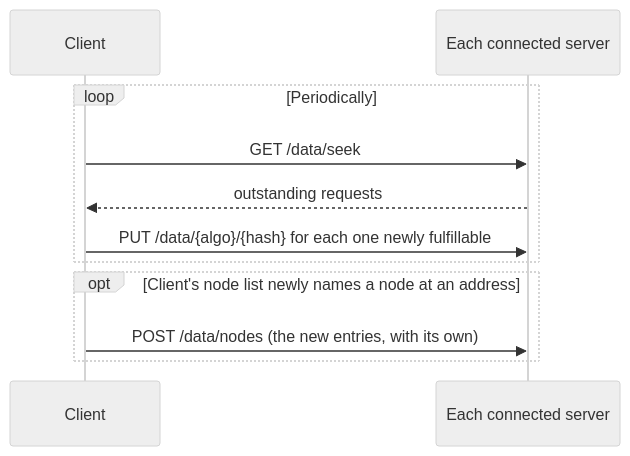
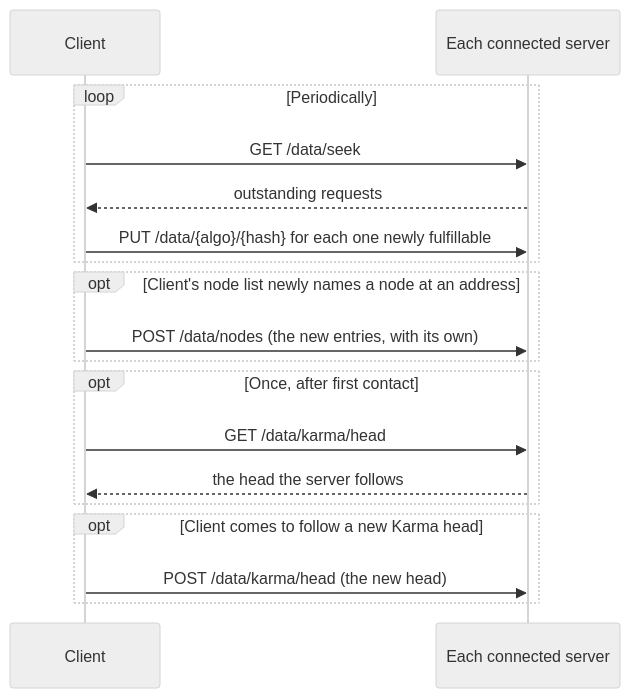
Before and after one commit to marcpage/libranet: the third of 3 diagrams in docs/specs/HandshakeProtocol.md, drawn with Mermaid (neutral theme). The commit also changed other lines of this file and 20 other files, not shown here.

````diff
--- a/docs/specs/HandshakeProtocol.md
+++ b/docs/specs/HandshakeProtocol.md
@@ -211,13 +221,20 @@
 ```mermaid
 sequenceDiagram
     participant C as Client
     participant S as Each connected server
     loop Periodically
         C->>S: GET /data/seek
         S-->>C: outstanding requests
         C->>S: PUT /data/{algo}/{hash} for each one newly fulfillable
     end
     opt Client's node list newly names a node at an address
         C->>S: POST /data/nodes (the new entries, with its own)
     end
+    opt Once, after first contact
+        C->>S: GET /data/karma/head
+        S-->>C: the head the server follows
+    end
+    opt Client comes to follow a new Karma head
+        C->>S: POST /data/karma/head (the new head)
+    end
 ```
````
